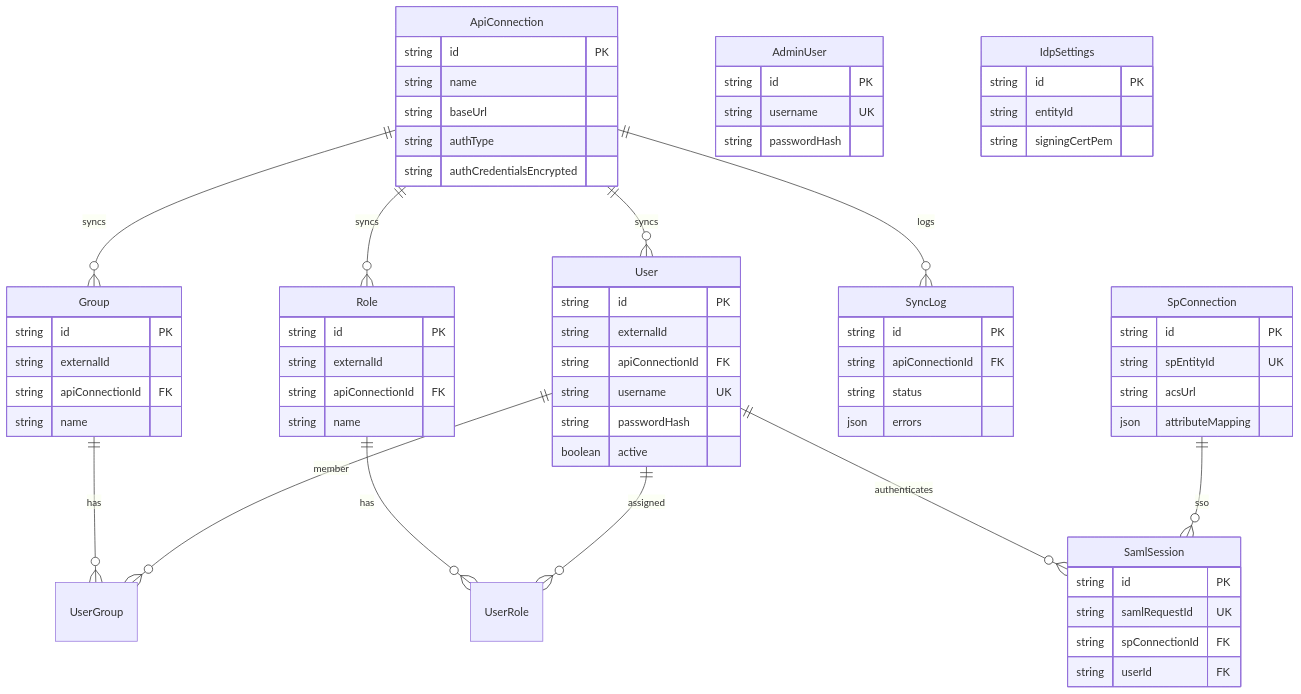
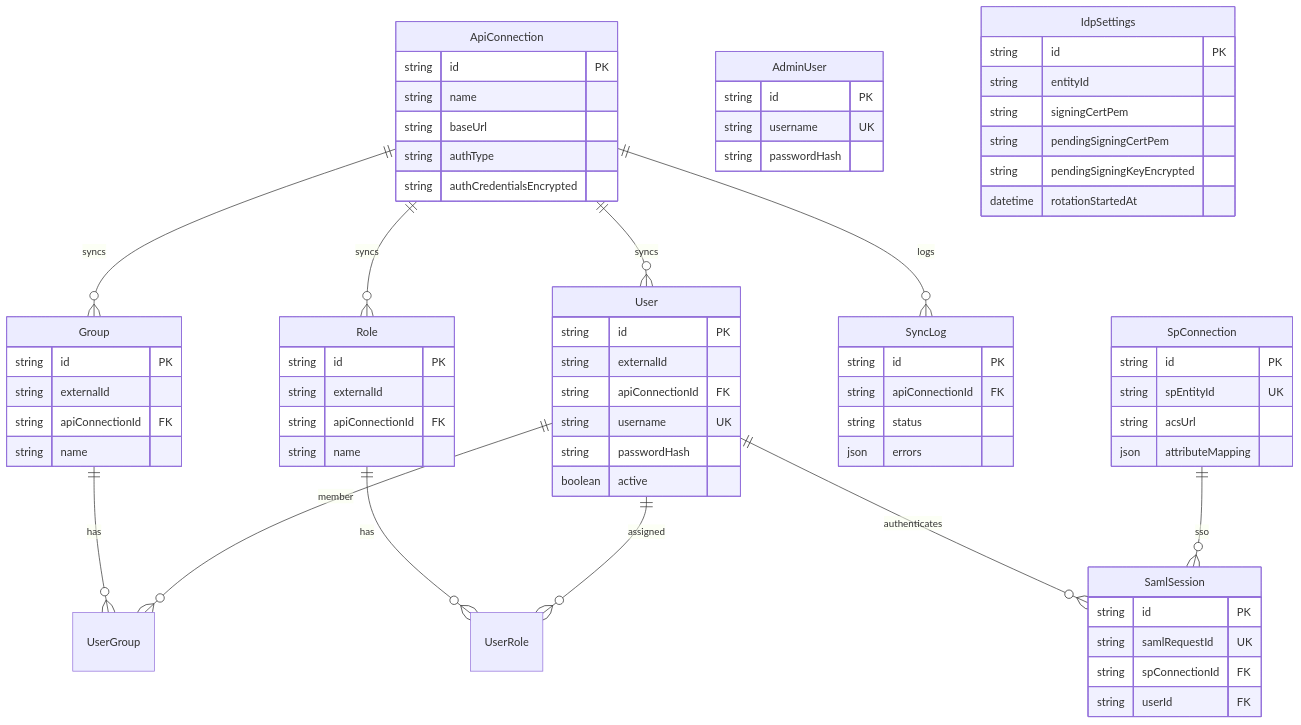
Before and after one commit to 01laky/NestIdP: the diagram in docs/img/schema-entities.mmd, drawn with Mermaid. The commit also changed 61 other files, not shown here.

```diff
--- a/docs/img/schema-entities.mmd
+++ b/docs/img/schema-entities.mmd
@@ -1,75 +1,78 @@
 erDiagram
 	ApiConnection ||--o{ User : syncs
 	ApiConnection ||--o{ Group : syncs
 	ApiConnection ||--o{ Role : syncs
 	ApiConnection ||--o{ SyncLog : logs
 	User ||--o{ UserGroup : member
 	Group ||--o{ UserGroup : has
 	User ||--o{ UserRole : assigned
 	Role ||--o{ UserRole : has
 	SpConnection ||--o{ SamlSession : sso
 	User ||--o{ SamlSession : authenticates
 
 	ApiConnection {
 		string id PK
 		string name
 		string baseUrl
 		string authType
 		string authCredentialsEncrypted
 	}
 
 	User {
 		string id PK
 		string externalId
 		string apiConnectionId FK
 		string username UK
 		string passwordHash
 		boolean active
 	}
 
 	Group {
 		string id PK
 		string externalId
 		string apiConnectionId FK
 		string name
 	}
 
 	Role {
 		string id PK
 		string externalId
 		string apiConnectionId FK
 		string name
 	}
 
 	SpConnection {
 		string id PK
 		string spEntityId UK
 		string acsUrl
 		json attributeMapping
 	}
 
 	AdminUser {
 		string id PK
 		string username UK
 		string passwordHash
 	}
 
 	SyncLog {
 		string id PK
 		string apiConnectionId FK
 		string status
 		json errors
 	}
 
 	SamlSession {
 		string id PK
 		string samlRequestId UK
 		string spConnectionId FK
 		string userId FK
 	}
 
 	IdpSettings {
 		string id PK
 		string entityId
 		string signingCertPem
+		string pendingSigningCertPem
+		string pendingSigningKeyEncrypted
+		datetime rotationStartedAt
 	}
```
